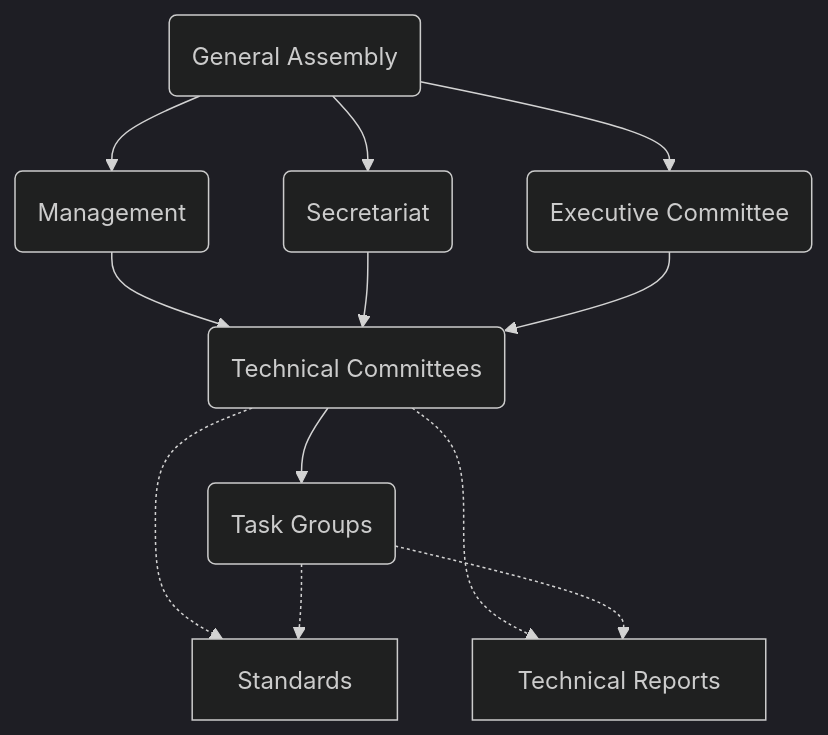
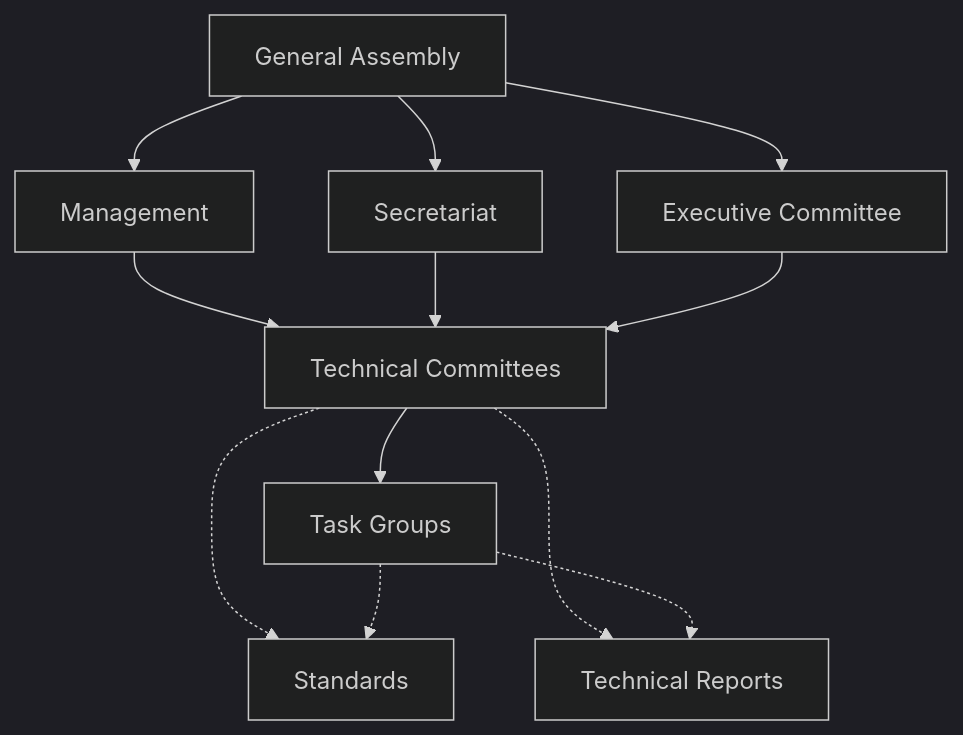
Before and after one commit to ryzokuken/ryzokuken.github.io: the diagram in src/blog/about-ecma-1.md, drawn with Mermaid (dark theme). The commit also changed 1 other file, not shown here.

Commit message:
Mermaid improvements

````diff
--- a/src/blog/about-ecma-1.md
+++ b/src/blog/about-ecma-1.md
@@ -47,22 +47,19 @@
 ```mermaid
 flowchart
-    ga("General Assembly")
-    mn("Management")
-    sc("Secretariat")
-    ec("Executive Committee")
-    tc("Technical Committees")
-    tg("Task Groups")
+    ga["General Assembly"]
+    mn["Management"]
+    sc["Secretariat"]
+    ec["Executive Committee"]
+    tc["Technical Committees"]
+    tg["Task Groups"]
     st["Standards"]
     tr["Technical Reports"]
     ga --> mn
     ga --> sc
     ga --> ec
     mn --> tc
     sc --> tc
     ec --> tc
     tc --> tg
-    tc .-> st
-    tg .-> st
-    tc .-> tr
-    tg .-> tr
+    tc & tg .-> st & tr
 ```
````
